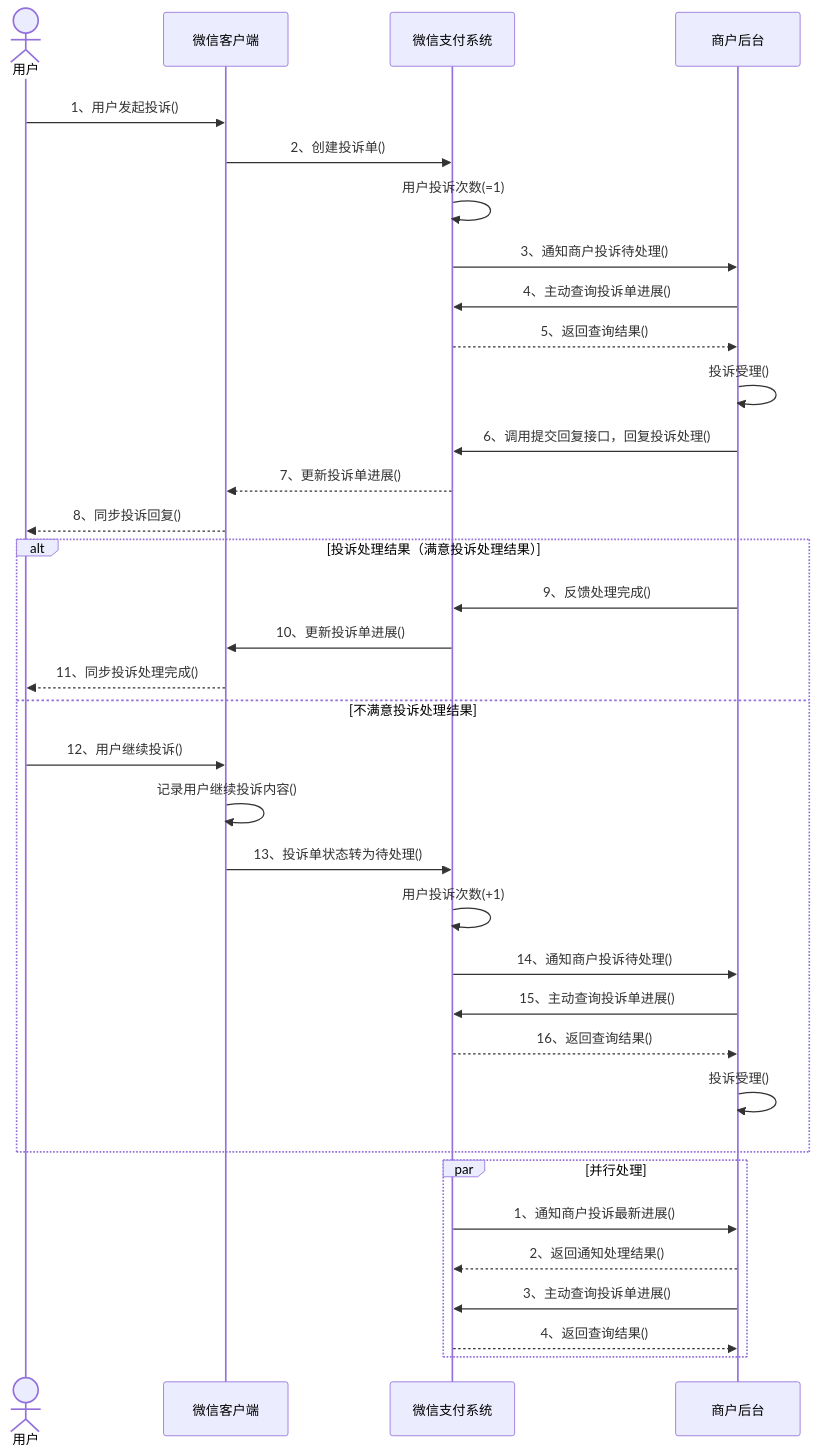
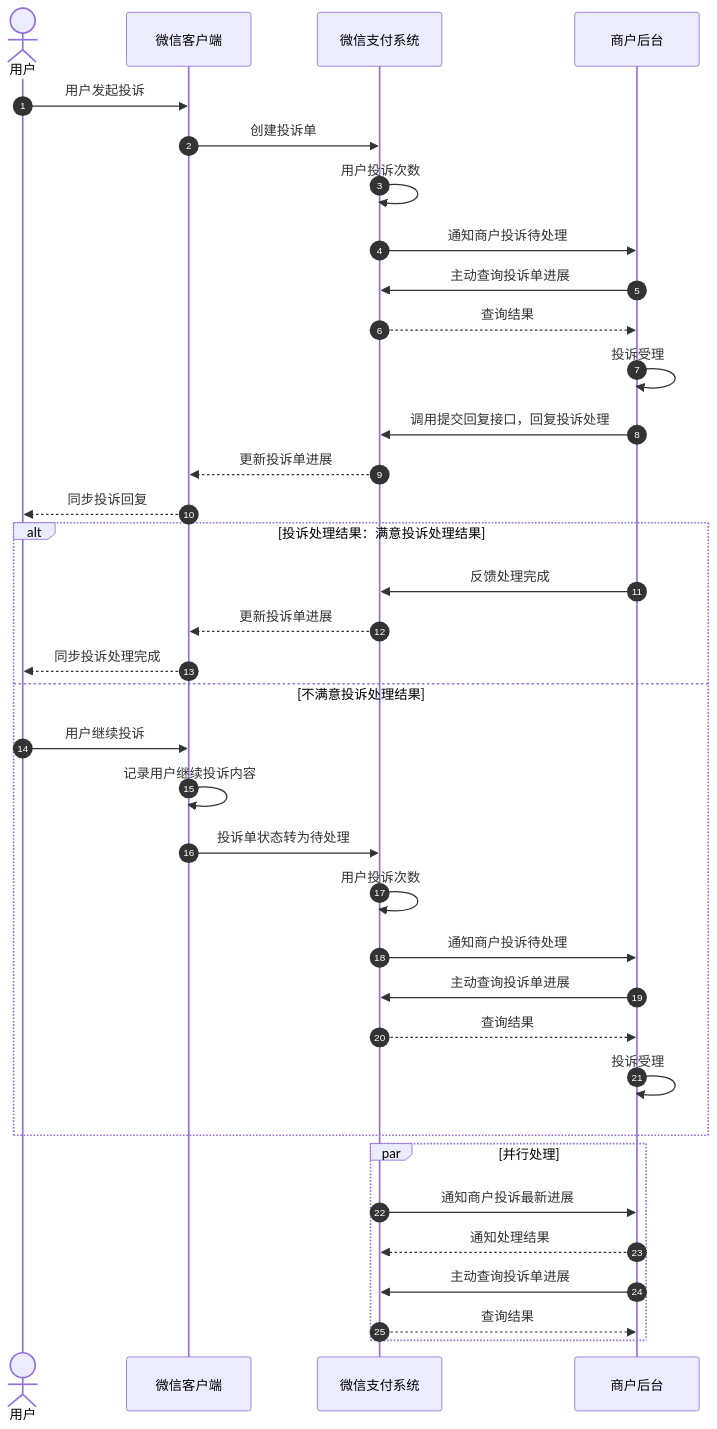
The diagram in docs/merchant/pages/4012068499.md (minibear2021/wechatpay_docs), drawn with Mermaid before and after one commit. The commit also changed other lines of this file and 46 other files, not shown here.

````diff
--- a/docs/merchant/pages/4012068499.md
+++ b/docs/merchant/pages/4012068499.md
@@ -17,45 +17,38 @@
 ```mermaid
 sequenceDiagram
-    rect rgb(255,255,255)
-    actor 用户
-    participant 微信客户端
-    participant 微信支付系统
-    participant 商户后台
-
-    %% 主流程
-    用户->>微信客户端: 1、用户发起投诉()
-    微信客户端->>微信支付系统: 2、创建投诉单()
-    微信支付系统->>微信支付系统: 用户投诉次数(=1)
-    微信支付系统->>商户后台: 3、通知商户投诉待处理()
-    商户后台->>微信支付系统: 4、主动查询投诉单进展()
-    微信支付系统-->>商户后台: 5、返回查询结果()
-    商户后台->>商户后台: 投诉受理()
-    商户后台->>微信支付系统: 6、调用提交回复接口，回复投诉处理()
-    微信支付系统-->>微信客户端: 7、更新投诉单进展()
-    微信客户端-->>用户: 8、同步投诉回复()
-
-    %% 投诉处理结果分支
-    alt 投诉处理结果（满意投诉处理结果）
-        商户后台->>微信支付系统: 9、反馈处理完成()
-        微信支付系统->>微信客户端: 10、更新投诉单进展()
-        微信客户端-->>用户: 11、同步投诉处理完成()
-    else 不满意投诉处理结果
-        用户->>微信客户端: 12、用户继续投诉()
-        微信客户端->>微信客户端: 记录用户继续投诉内容()
-        微信客户端->>微信支付系统: 13、投诉单状态转为待处理()
-        微信支付系统->>微信支付系统: 用户投诉次数(+1)
-        微信支付系统->>商户后台: 14、通知商户投诉待处理()
-        商户后台->>微信支付系统: 15、主动查询投诉单进展()
-        微信支付系统-->>商户后台: 16、返回查询结果()
-        商户后台->>商户后台: 投诉受理()
-    end
-
-    %% 并行处理par块
-    par 并行处理
-        微信支付系统->>商户后台: 1、通知商户投诉最新进展()
-        商户后台-->>微信支付系统: 2、返回通知处理结果()
-        商户后台->>微信支付系统: 3、主动查询投诉单进展()
-        微信支付系统-->>商户后台: 4、返回查询结果()
-    end
-    end
+  autonumber
+  actor p0 as 用户
+  participant p1 as 微信客户端
+  participant p2 as 微信支付系统
+  participant p3 as 商户后台
+  p0->>p1: 用户发起投诉
+  p1->>p2: 创建投诉单
+  p2->>p2: 用户投诉次数
+  p2->>p3: 通知商户投诉待处理
+  p3->>p2: 主动查询投诉单进展
+  p2-->>p3: 查询结果
+  p3->>p3: 投诉受理
+  p3->>p2: 调用提交回复接口，回复投诉处理
+  p2-->>p1: 更新投诉单进展
+  p1-->>p0: 同步投诉回复
+  alt 投诉处理结果：满意投诉处理结果
+    p3->>p2: 反馈处理完成
+    p2-->>p1: 更新投诉单进展
+    p1-->>p0: 同步投诉处理完成
+  else 不满意投诉处理结果
+    p0->>p1: 用户继续投诉
+    p1->>p1: 记录用户继续投诉内容
+    p1->>p2: 投诉单状态转为待处理
+    p2->>p2: 用户投诉次数
+    p2->>p3: 通知商户投诉待处理
+    p3->>p2: 主动查询投诉单进展
+    p2-->>p3: 查询结果
+    p3->>p3: 投诉受理
+  end
+  par 并行处理
+    p2->>p3: 通知商户投诉最新进展
+    p3-->>p2: 通知处理结果
+    p3->>p2: 主动查询投诉单进展
+    p2-->>p3: 查询结果
+  end
 ```
````
